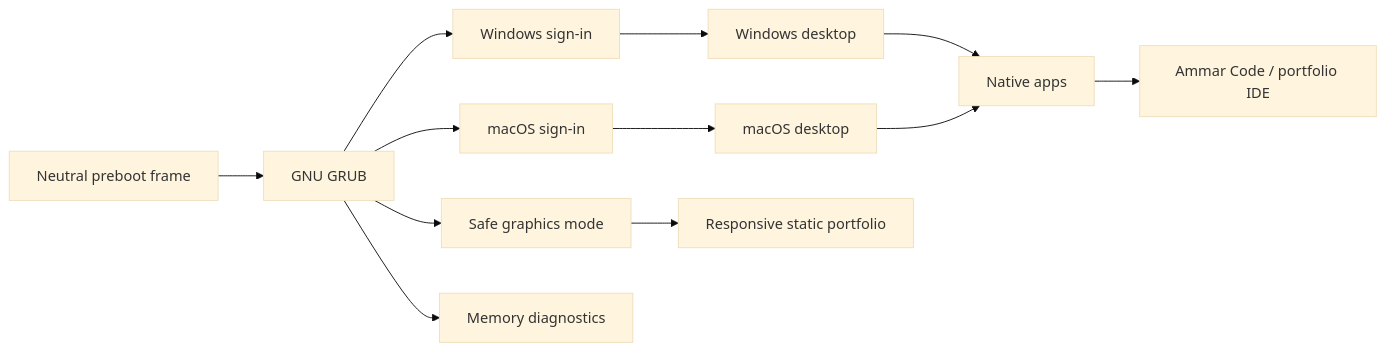
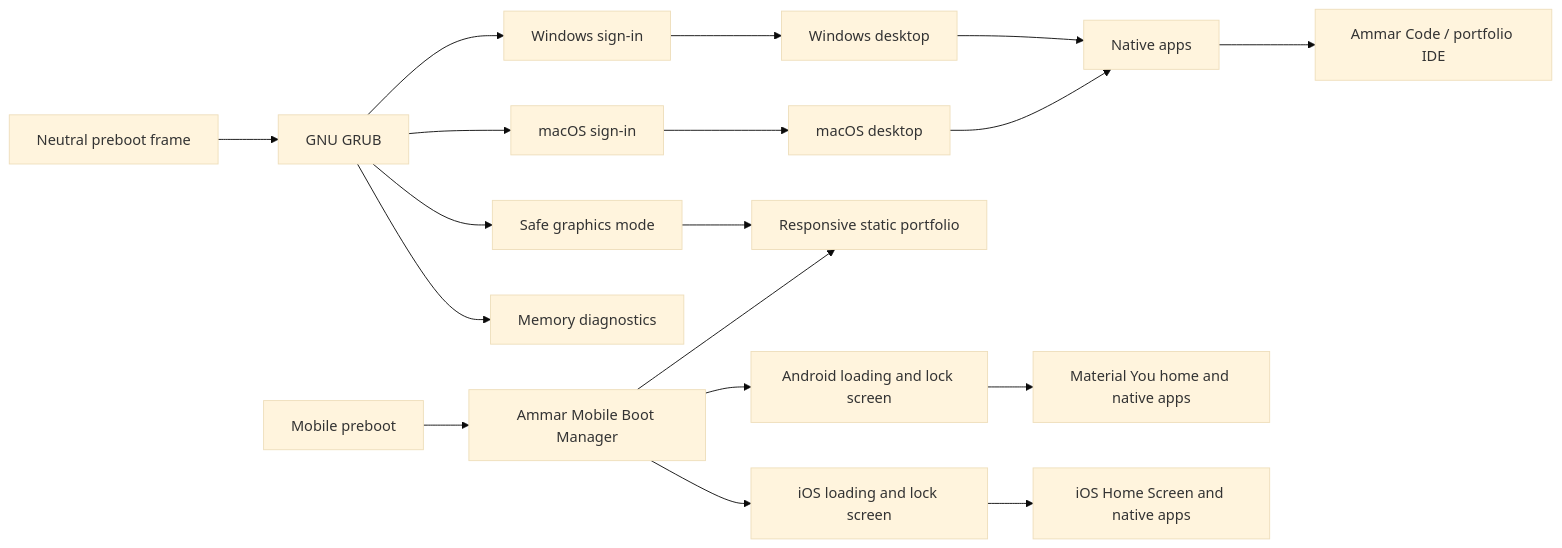
Before and after one commit to ammarasad2005/ammarasad-dev: the diagram in README.md, drawn with Mermaid (base theme). The commit also changed other lines of this file and 13 other files, not shown here.

Commit message:
feat: add native Android and iOS portfolio experiences

````diff
--- a/README.md
+++ b/README.md
@@ -72,14 +97,20 @@
 ```mermaid
 flowchart LR
     A[Neutral preboot frame] --> B[GNU GRUB]
     B --> C[Windows sign-in]
     B --> D[macOS sign-in]
     B --> E[Safe graphics mode]
     B --> F[Memory diagnostics]
     C --> G[Windows desktop]
     D --> H[macOS desktop]
     G --> I[Native apps]
     H --> I
     I --> J[Ammar Code / portfolio IDE]
     E --> K[Responsive static portfolio]
+    L[Mobile preboot] --> M[Ammar Mobile Boot Manager]
+    M --> N[Android loading and lock screen]
+    M --> O[iOS loading and lock screen]
+    M --> K
+    N --> P[Material You home and native apps]
+    O --> Q[iOS Home Screen and native apps]
 ```
````
